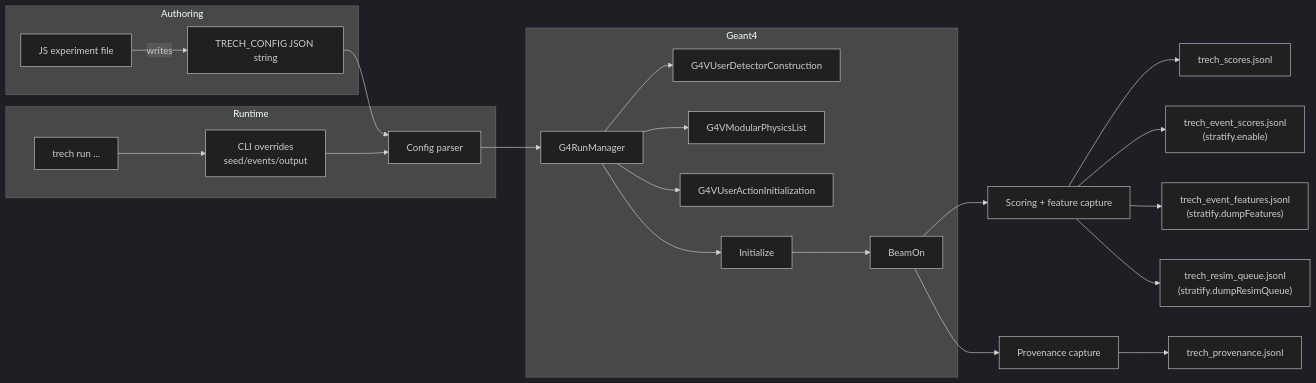
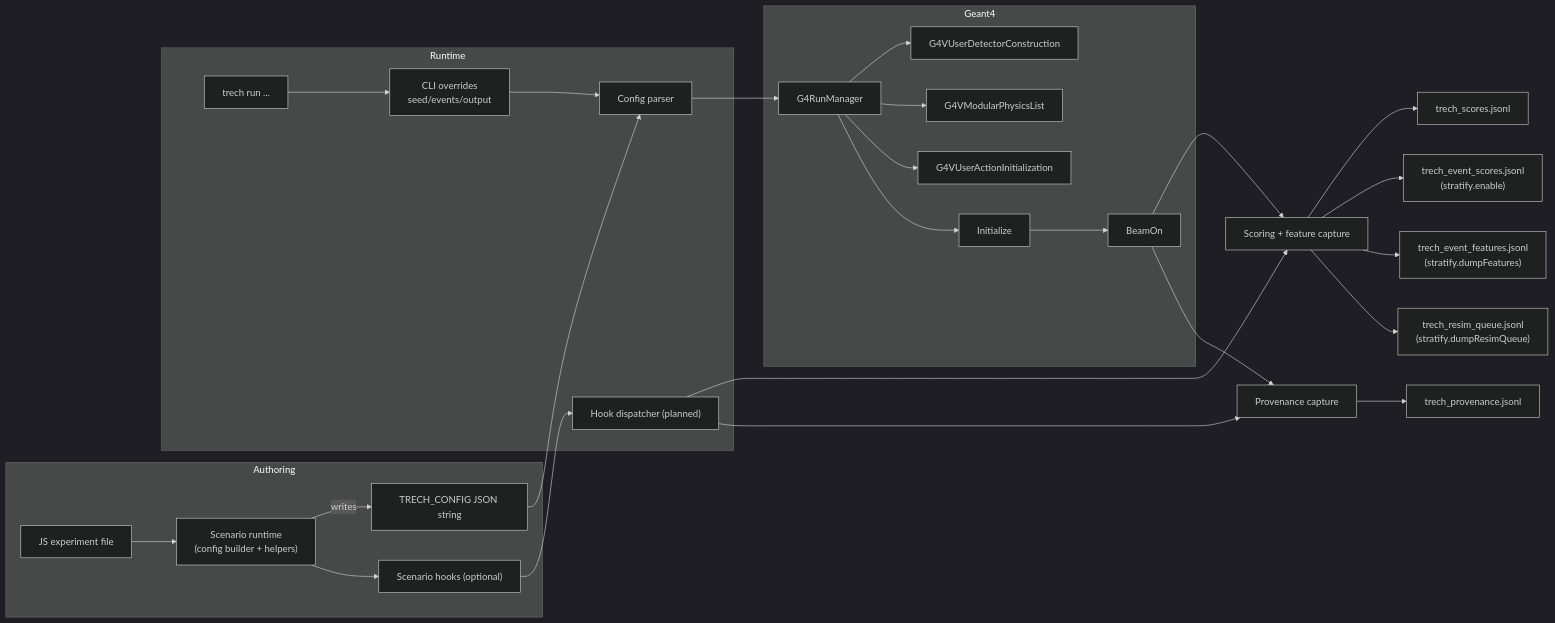
One commit to Geckos-Ink/trech changed the first of 8 diagrams in CHARTS.md. Above: the diagram before and after it, drawn with Mermaid (dark theme). The commit also changed other lines of this file and 3 other files, not shown here.

````diff
--- a/CHARTS.md
+++ b/CHARTS.md
@@ -9,26 +9,31 @@
 ```mermaid
 flowchart LR
   subgraph Authoring
-    JS["JS experiment file"] -->|writes| CFG["TRECH_CONFIG JSON string"]
+    JS["JS experiment file"] --> SCEN["Scenario runtime\n(config builder + helpers)"]
+    SCEN -->|writes| CFG["TRECH_CONFIG JSON string"]
+    SCEN --> HOOKS["Scenario hooks (optional)"]
   end
   subgraph Runtime
     CLI["trech run ..."] --> OV["CLI overrides\nseed/events/output"]
     CFG --> PARSE["Config parser"]
     OV --> PARSE
+    HOOKS --> HOOKDISP["Hook dispatcher (planned)"]
   end
   subgraph Geant4
     PARSE --> RM["G4RunManager"]
     RM --> DET["G4VUserDetectorConstruction"]
     RM --> PHY["G4VModularPhysicsList"]
     RM --> ACT["G4VUserActionInitialization"]
     RM --> INIT["Initialize"]
     INIT --> BEAM["BeamOn"]
   end
   BEAM --> SCORE["Scoring + feature capture"]
   BEAM --> PROV["Provenance capture"]
+  HOOKDISP --> SCORE
+  HOOKDISP --> PROV
   SCORE --> OUT1["trech_scores.jsonl"]
   SCORE --> OUT2["trech_event_scores.jsonl\n(stratify.enable)"]
   SCORE --> OUT3["trech_event_features.jsonl\n(stratify.dumpFeatures)"]
   SCORE --> OUT4["trech_resim_queue.jsonl\n(stratify.dumpResimQueue)"]
   PROV --> OUT5["trech_provenance.jsonl"]
 ```
````
